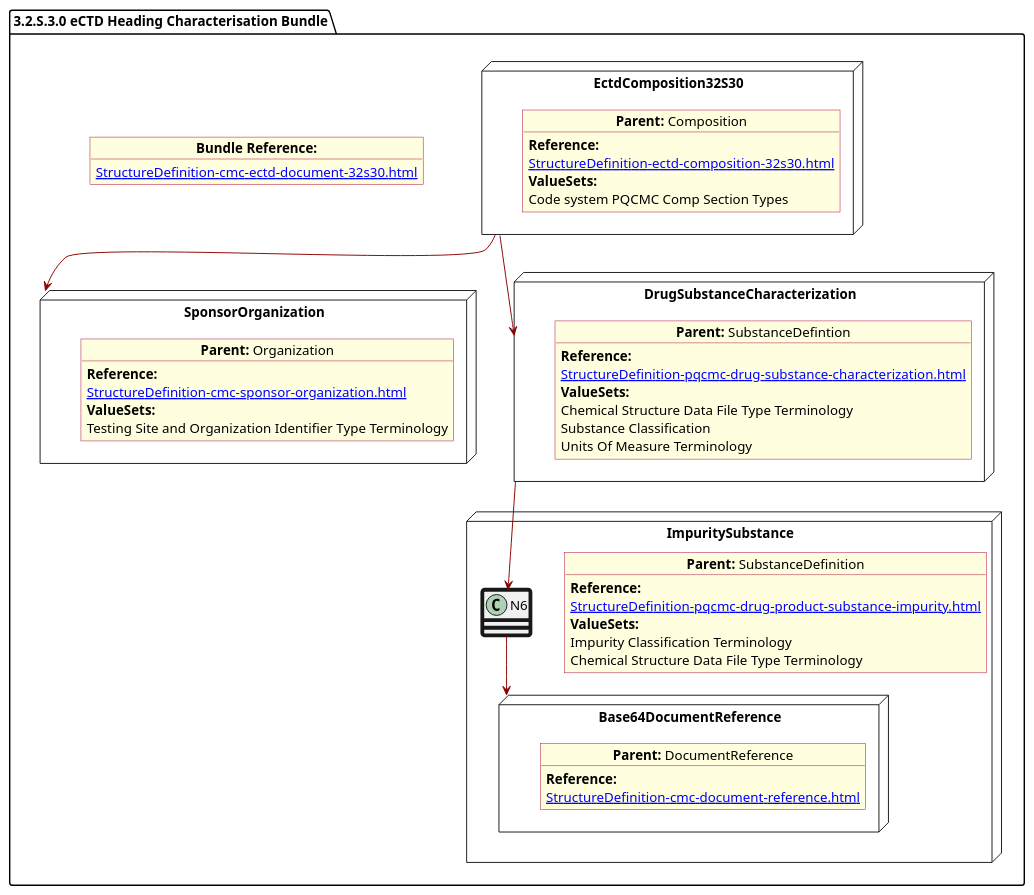
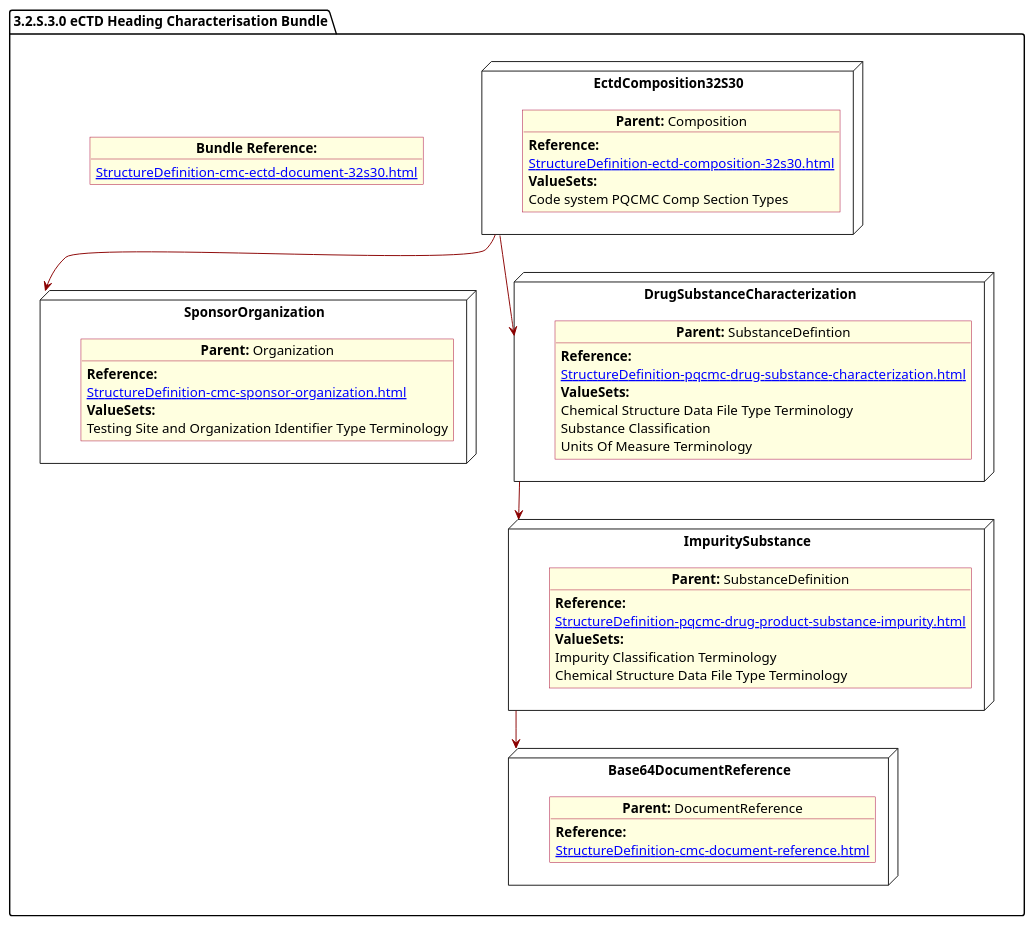
One commit to HL7/FHIR-us-pq-cmc-fda changed the diagram in input/images-source/SubstanceImpurity.plantuml. Above: the diagram before and after it, drawn with PlantUML. The commit also changed 7 other files, not shown here.

```diff
--- a/input/images-source/SubstanceImpurity.plantuml
+++ b/input/images-source/SubstanceImpurity.plantuml
@@ -1,72 +1,72 @@
 @startuml SubstanceImpurity
 allowmixing
 'Mixed model of use case and object
 skinparam svgDimensionStyle false
 skinparam ObjectBackgroundColor LightYellow
 skinparam ObjectBorderColor #A80036
 skinparam activityDiamondBorderColor #A80036
 skinparam activityDiamondBackgroundColor lawnGreen
 skinparam ClassBorderThickness 4
 
 package "3.2.S.3.0 eCTD Heading Characterisation Bundle" as NODES {
   object "**Bundle Reference:**" as objbun {
     [[StructureDefinition-cmc-ectd-document-32s30.html]]
   }
 
   node "EctdComposition32S30" as N1 {
 
     object "**Parent:** Composition" as obj1 {
       **Reference:**
       [[StructureDefinition-ectd-composition-32s30.html]]
       **ValueSets:**
       Code system PQCMC Comp Section Types
     }
   }
   node "SponsorOrganization" as NSO {
 
     object "**Parent:** Organization" as objAu {
       **Reference:**
       [[StructureDefinition-cmc-sponsor-organization.html]]
       **ValueSets:**
       Testing Site and Organization Identifier Type Terminology
     }
   }
 
   node "DrugSubstanceCharacterization" as NN {
 
     object "**Parent:** SubstanceDefintion" as obj3 {
 
       **Reference:**
       [[StructureDefinition-pqcmc-drug-substance-characterization.html]]
       **ValueSets:**
       Chemical Structure Data File Type Terminology
       Substance Classification
       Units Of Measure Terminology
     }
   }
 
-    node "ImpuritySubstance" as N6 {
+  node "ImpuritySubstance" as N6 {
 
     object "**Parent:** SubstanceDefinition" as obj2 {
       **Reference:**
       [[StructureDefinition-pqcmc-drug-product-substance-impurity.html]]
       **ValueSets:**
       Impurity Classification Terminology
       Chemical Structure Data File Type Terminology
     }
-
+  }
   node "Base64DocumentReference" as NB64 {
 
     object "**Parent:** DocumentReference"  as obj64 {
 
       **Reference:**
       [[StructureDefinition-cmc-document-reference.html]]
     }
 
   }
   N1 -[#darkred]-> NSO
   NN -[#darkred]-> N6
   N1 -[#darkred]-> NN
   N6 -[#darkred]-> NB64
 }
 @enduml
```
